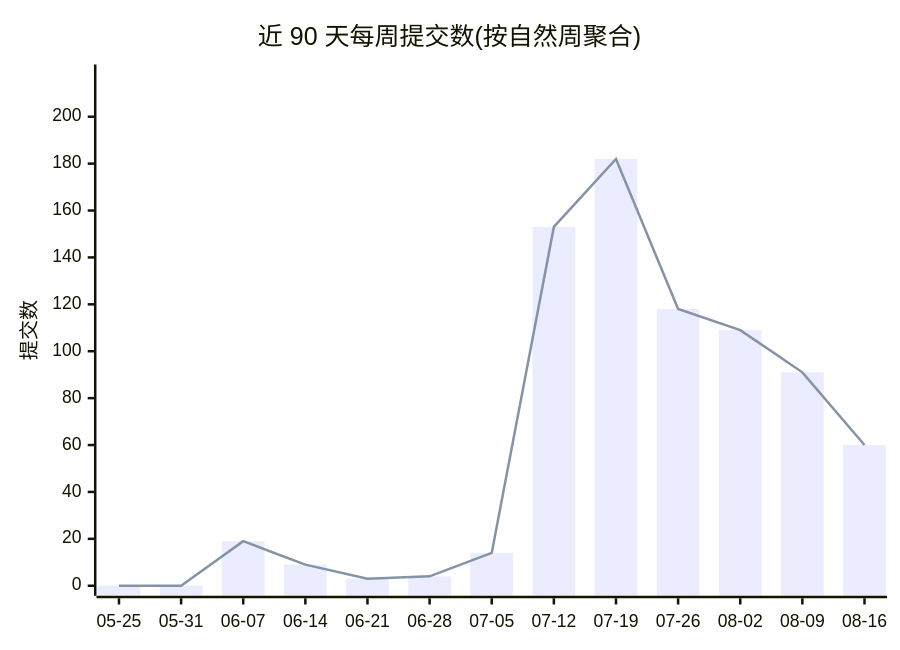
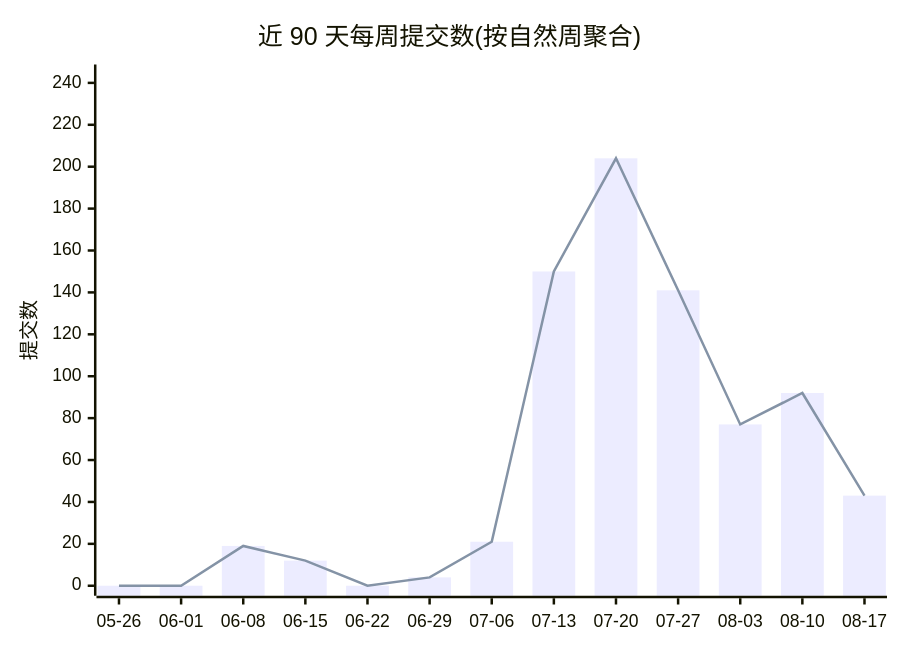
One commit to Conflux-Union/.github changed the first of 2 diagrams in profile/README.md. Above: the diagram before and after it, drawn with Mermaid. The commit also changed other lines of this file and 1 other file, not shown here.

````diff
--- a/profile/README.md
+++ b/profile/README.md
@@ -44,8 +44,8 @@
 ```mermaid
 xychart-beta
     title "近 90 天每周提交数(按自然周聚合)"
-    x-axis ["05-25", "05-31", "06-07", "06-14", "06-21", "06-28", "07-05", "07-12", "07-19", "07-26", "08-02", "08-09", "08-16"]
-    y-axis "提交数" 0 --> 218
-    bar [0, 0, 19, 9, 3, 4, 14, 153, 182, 118, 109, 91, 60]
-    line [0, 0, 19, 9, 3, 4, 14, 153, 182, 118, 109, 91, 60]
+    x-axis ["05-26", "06-01", "06-08", "06-15", "06-22", "06-29", "07-06", "07-13", "07-20", "07-27", "08-03", "08-10", "08-17"]
+    y-axis "提交数" 0 --> 244
+    bar [0, 0, 19, 12, 0, 4, 21, 150, 204, 141, 77, 92, 43]
+    line [0, 0, 19, 12, 0, 4, 21, 150, 204, 141, 77, 92, 43]
 ```
````
